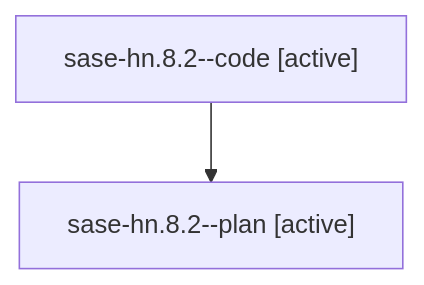
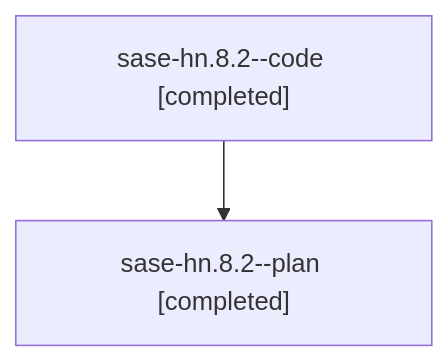
Before and after one commit to sase-org/sase--agents: the diagram in families/bbugyi200.athena.sase-hn.8.2.md, drawn with Mermaid. The commit also changed other lines of this file and 39 other files, not shown here.

````diff
--- a/families/bbugyi200.athena.sase-hn.8.2.md
+++ b/families/bbugyi200.athena.sase-hn.8.2.md
@@ -9,6 +9,6 @@
 ```mermaid
 flowchart TD
-  n0["sase-hn.8.2--code [active]"]
-  n1["sase-hn.8.2--plan [active]"]
+  n0["sase-hn.8.2--code [completed]"]
+  n1["sase-hn.8.2--plan [completed]"]
   n0 --> n1
 ```
````
